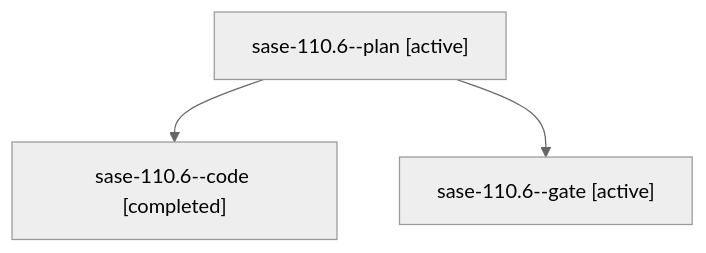
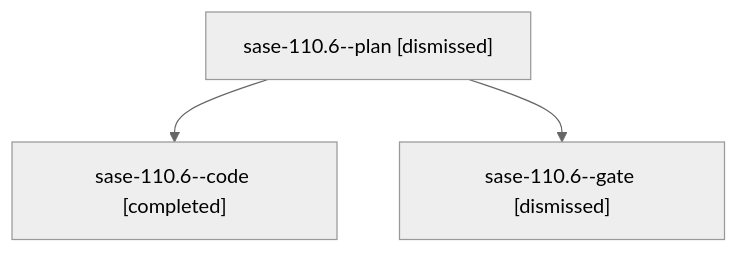
Before and after one commit to sase-org/sase--agents: the diagram in sessions/bbugyi200.athena.sase-110.6.md, drawn with Mermaid (neutral theme). The commit also changed other lines of this file and 104 other files, not shown here.

````diff
--- a/sessions/bbugyi200.athena.sase-110.6.md
+++ b/sessions/bbugyi200.athena.sase-110.6.md
@@ -9,8 +9,8 @@
 ```mermaid
 flowchart TD
-  n0["sase-110.6--plan [active]"]
+  n0["sase-110.6--plan [dismissed]"]
   n1["sase-110.6--code [completed]"]
   n0 --> n1
-  n2["sase-110.6--gate [active]"]
+  n2["sase-110.6--gate [dismissed]"]
   n0 --> n2
 ```
````
